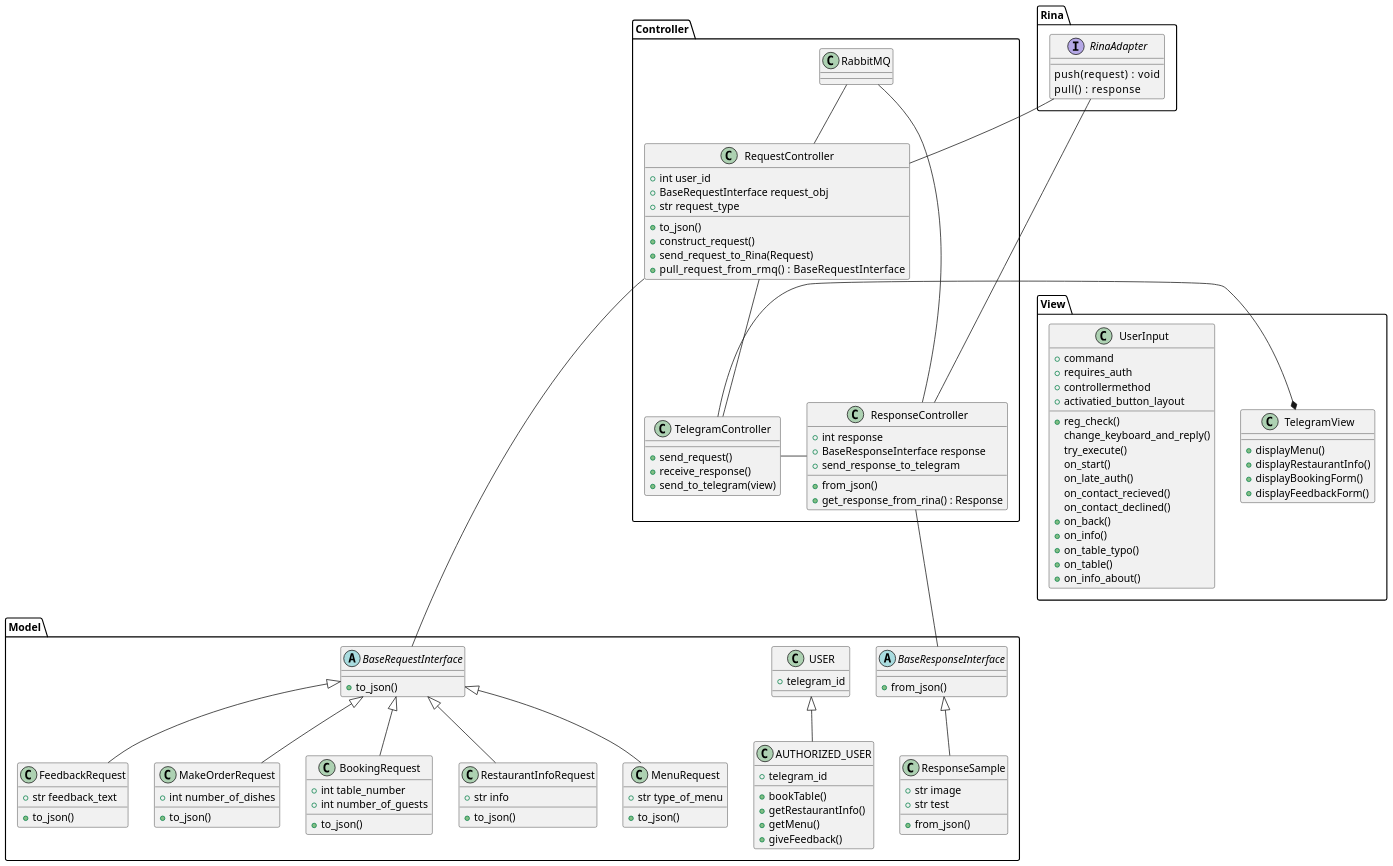
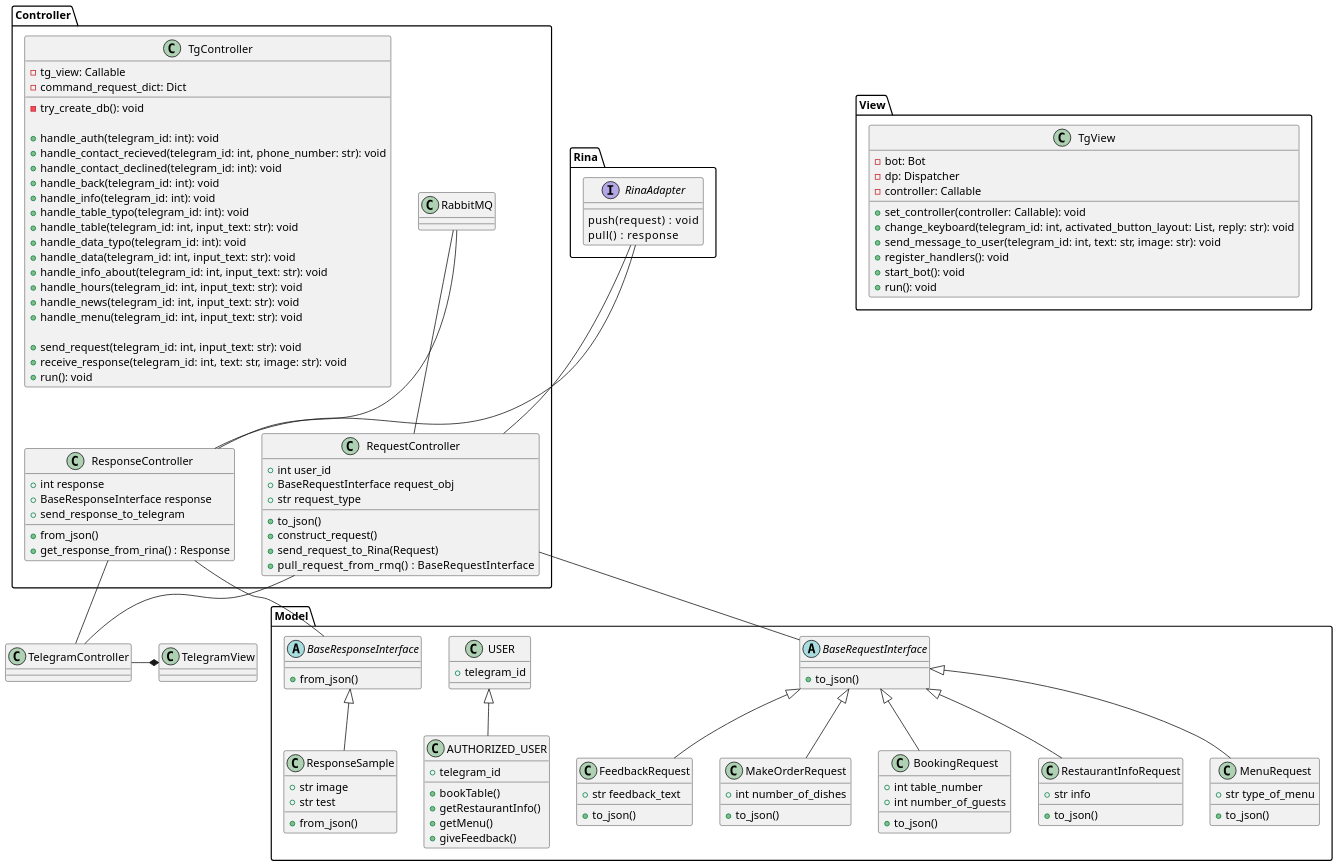
The diagram in diagrams/class_diagram.puml (limpwinter/rina_connector), drawn with PlantUML before and after one commit.

Commit message:
Обновил классы TgView и TgController

```diff
--- a/diagrams/class_diagram.puml
+++ b/diagrams/class_diagram.puml
@@ -1,150 +1,156 @@
 @startuml
 
 scale  2048 width
 scale  1600 height
 package "Model" {
 
 'class RabbitMQ{
 '-Producer
 '-Consumer
 '}
 class USER {
   +telegram_id
 }
 
 class AUTHORIZED_USER {
   +telegram_id
   +bookTable()
   +getRestaurantInfo()
   +getMenu()
   +giveFeedback()
 }
   abstract class BaseResponseInterface{
 + from_json()
 }
 class ResponseSample{
 + str image
 + str test
 + from_json()
 }
 
   abstract class BaseRequestInterface {
     + to_json()
   }
 class MakeOrderRequest{
 + int number_of_dishes
 + to_json()
 }
 
   class BookingRequest {
 
 + int table_number
 + int number_of_guests
 + to_json()
   }
 
   class RestaurantInfoRequest {
 + str info
 + to_json()
   }
 
   class MenuRequest {
 + str type_of_menu
 + to_json()
   }
 
   class FeedbackRequest {
 + str feedback_text
 + to_json()
   }
 
 
 }
 
 package "View" {
-class UserInput{
-+command
-+requires_auth
-+controllermethod
-+activatied_button_layout
-+reg_check()
-change_keyboard_and_reply()
-try_execute()
-on_start()
-on_late_auth()
-on_contact_recieved()
-on_contact_declined()
-+on_back()
-+on_info()
-+on_table_typo()
-+on_table()
-+on_info_about()
+class "TgView" {
+  -bot: Bot
+  -dp: Dispatcher
+  -controller: Callable
+  +set_controller(controller: Callable): void
+  +change_keyboard(telegram_id: int, activated_button_layout: List, reply: str): void
+  +send_message_to_user(telegram_id: int, text: str, image: str): void
+  +register_handlers(): void
+  +start_bot(): void
+  +run(): void
+}
 
-}
-  class TelegramView {
-    +displayMenu()
-    +displayRestaurantInfo()
-    +displayBookingForm()
-    +displayFeedbackForm()
-  }
+
 }
 
 package Rina {
 interface RinaAdapter{
 push(request)  :   void
 pull()  :   response
 }
 
 }
 package "Controller" {
 
 class RabbitMQ{
 }
   class ResponseController{
 '  +receive_response_from_rmq()
 + int response
 + BaseResponseInterface response
 + from_json()
   +get_response_from_rina() : Response
   +send_response_to_telegram
   }
   class RequestController{
   + int user_id
 + BaseRequestInterface request_obj
 + str request_type
 + to_json()
 + construct_request()
 '  -request:Request
   +send_request_to_Rina(Request)
   +pull_request_from_rmq()  :   BaseRequestInterface
   }
-  class TelegramController {
+  class "TgController" {
+  -tg_view: Callable
+  -command_request_dict: Dict
+  -try_create_db(): void
 
-    +send_request()
-    +receive_response()
-    +send_to_telegram(view)
-  }
+  +handle_auth(telegram_id: int): void
+  +handle_contact_recieved(telegram_id: int, phone_number: str): void
+  +handle_contact_declined(telegram_id: int): void
+  +handle_back(telegram_id: int): void
+  +handle_info(telegram_id: int): void
+  +handle_table_typo(telegram_id: int): void
+  +handle_table(telegram_id: int, input_text: str): void
+  +handle_data_typo(telegram_id: int): void
+  +handle_data(telegram_id: int, input_text: str): void
+  +handle_info_about(telegram_id: int, input_text: str): void
+  +handle_hours(telegram_id: int, input_text: str): void
+  +handle_news(telegram_id: int, input_text: str): void
+  +handle_menu(telegram_id: int, input_text: str): void
+  
+  +send_request(telegram_id: int, input_text: str): void
+  +receive_response(telegram_id: int, text: str, image: str): void
+  +run(): void
+}
+
 }
 BaseRequestInterface <|-- BookingRequest
 BaseRequestInterface <|-- MakeOrderRequest
 
 BaseRequestInterface <|-- RestaurantInfoRequest
 BaseRequestInterface <|-- MenuRequest
 BaseRequestInterface <|-- FeedbackRequest
 BaseResponseInterface <|-- ResponseSample
 'TelegramView *--
 TelegramController -right-* TelegramView
 'ResponseController -> TelegramController
 RinaAdapter -- RequestController
 RinaAdapter -- ResponseController
 ResponseController - TelegramController
 RequestController -- TelegramController
 ResponseController -- BaseResponseInterface
 RequestController - BaseRequestInterface
 RabbitMQ -- RequestController
 RabbitMQ -- ResponseController
 USER <|-- AUTHORIZED_USER
 'TelegramController --> Request
 'RMQController --> RabbitMQ
 
 @enduml
```
